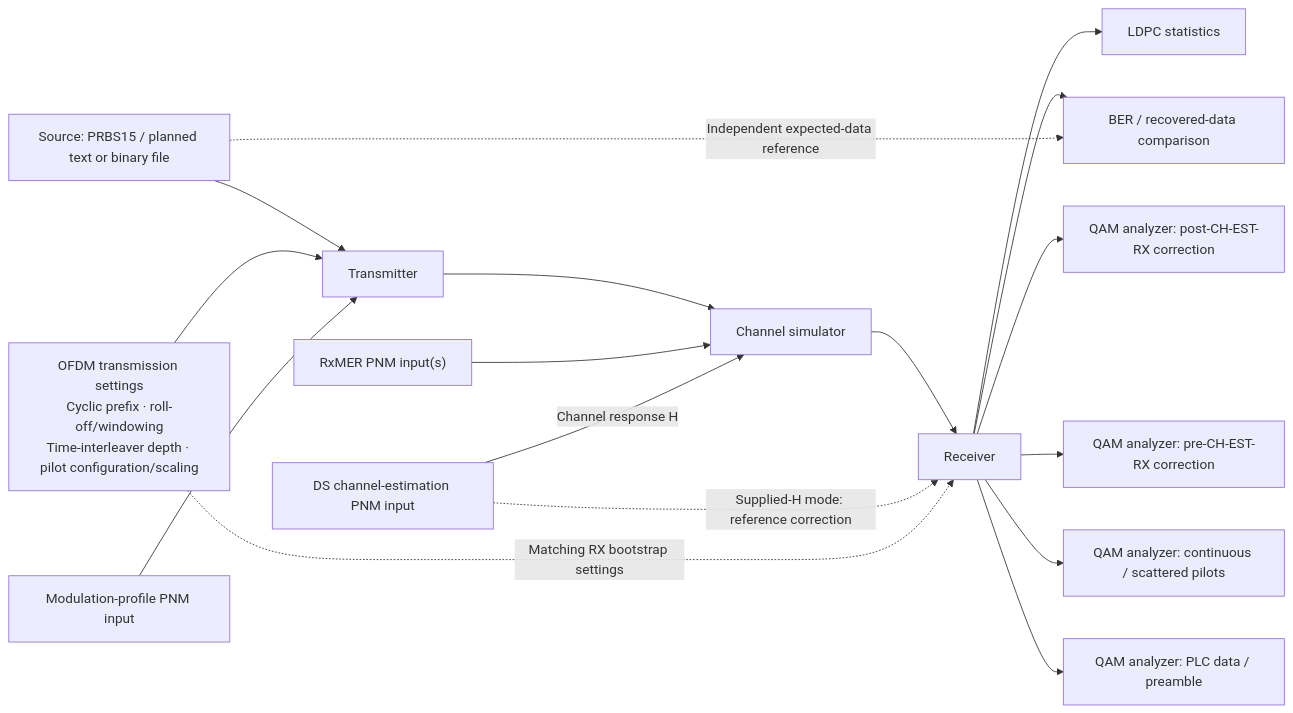
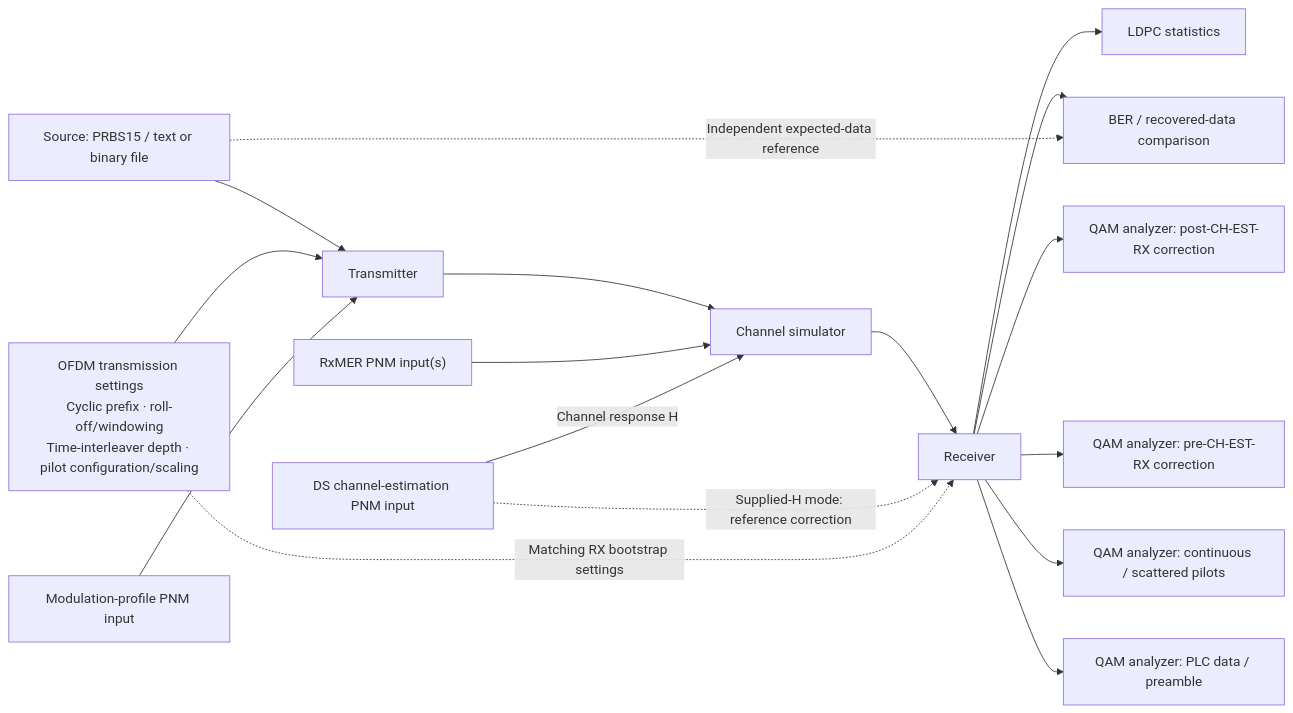
One commit to mgarcia01752/merlin changed the first of 2 diagrams in docs/architecture.md. Above: the diagram before and after it, drawn with Mermaid. The commit also changed other lines of this file and 36 other files, not shown here.

````diff
--- a/docs/architecture.md
+++ b/docs/architecture.md
@@ -81,18 +82,18 @@
 ```mermaid
 flowchart LR
-    SOURCE["Source: PRBS15 / planned text or binary file"] --> TX["Transmitter"]
+    SOURCE["Source: PRBS15 / text or binary file"] --> TX["Transmitter"]
     SETTINGS["OFDM transmission settings<br/>Cyclic prefix · roll-off/windowing<br/>Time-interleaver depth · pilot configuration/scaling"] --> TX
     PROFILE["Modulation-profile PNM input"] --> TX
     TX --> CH["Channel simulator"] --> RX["Receiver"]
     MER["RxMER PNM input(s)"] --> CH
     CE["DS channel-estimation PNM input"] -->|"Channel response H"| CH
     CE -. "Supplied-H mode: reference correction" .-> RX
     SETTINGS -. "Matching RX bootstrap settings" .-> RX
     RX --> LDPC["LDPC statistics"]
     RX --> BER["BER / recovered-data comparison"]
     SOURCE -. "Independent expected-data reference" .-> BER
     RX --> POST["QAM analyzer: post-CH-EST-RX correction"]
     RX --> PRE["QAM analyzer: pre-CH-EST-RX correction"]
     RX --> PILOTS["QAM analyzer: continuous / scattered pilots"]
     RX --> PLC["QAM analyzer: PLC data / preamble"]
 ```
````
